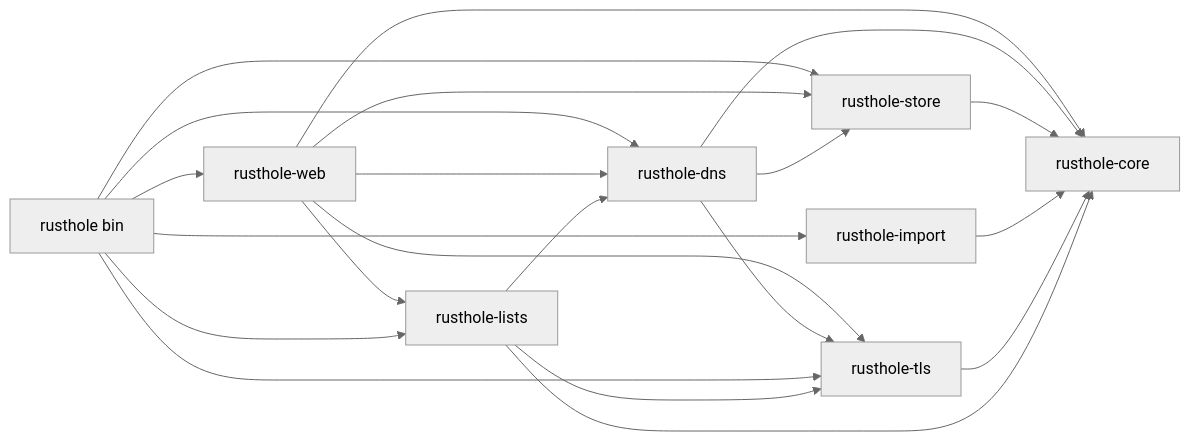
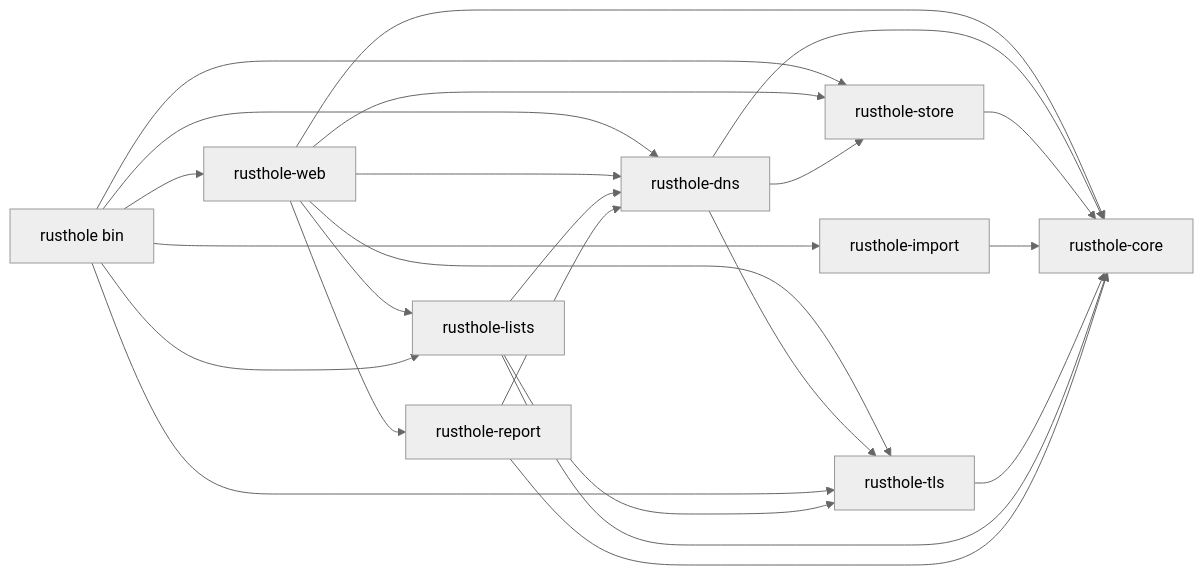
The first of 2 diagrams in docs/ENGINEERING.md (Warchant/rusthole), drawn with Mermaid (neutral theme) before and after one commit. The commit also changed other lines of this file and 41 other files, not shown here.

First line of the commit message:
Report: domain report service, DNS section and setting (R2)

````diff
--- a/docs/ENGINEERING.md
+++ b/docs/ENGINEERING.md
@@ -8,23 +8,26 @@
 ```mermaid
 flowchart LR
     bin[rusthole bin] --> web[rusthole-web]
     bin --> dns[rusthole-dns]
     bin --> store[rusthole-store]
     bin --> import[rusthole-import]
     web --> core[rusthole-core]
     dns --> core
     store --> core
     import --> core
     web --> store
     web --> lists
     web --> dns
     web --> tls
     bin --> lists
     dns --> store
     dns --> tls[rusthole-tls]
     bin --> tls
     tls --> core
     lists[rusthole-lists] --> dns
     lists --> core
     lists --> tls
+    web --> report[rusthole-report]
+    report --> dns
+    report --> core
 ```
````
